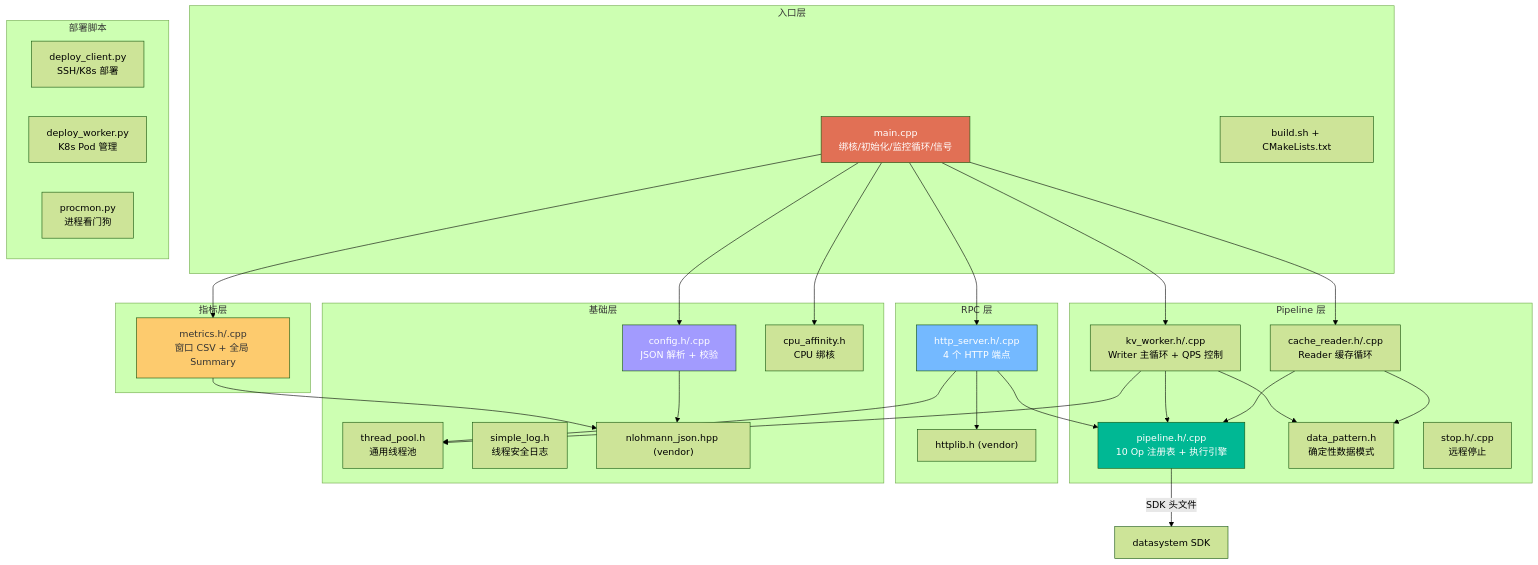
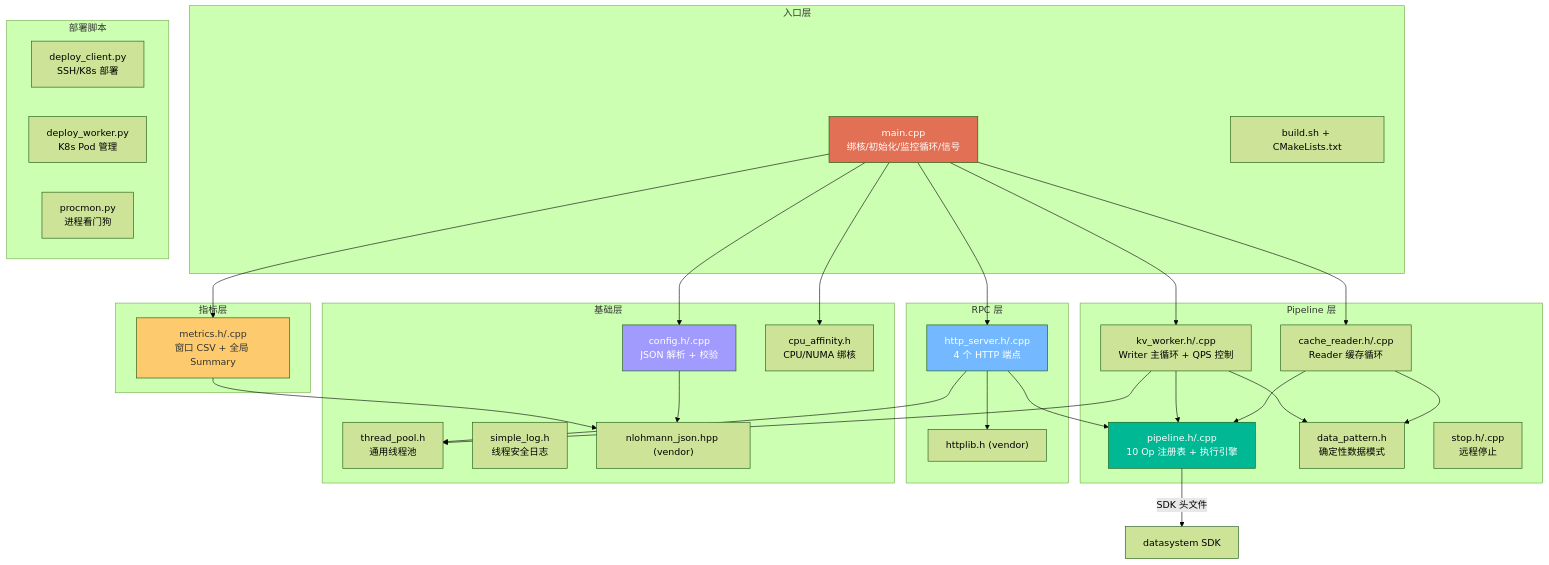
Before and after one commit to openeuler-mirror/yuanrong-datasystem: the second of 8 diagrams in tests/kvtest/docs/design.md, drawn with Mermaid (forest theme). The commit also changed other lines of this file and 23 other files, not shown here.

````diff
--- a/tests/kvtest/docs/design.md
+++ b/tests/kvtest/docs/design.md
@@ -124,64 +124,64 @@
 ```mermaid
 graph TB
     subgraph "入口层"
         main["main.cpp<br/>绑核/初始化/监控循环/信号"]
         build["build.sh + CMakeLists.txt"]
     end
 
     subgraph "Pipeline 层"
         pipeline["pipeline.h/.cpp<br/>10 Op 注册表 + 执行引擎"]
         kvworker["kv_worker.h/.cpp<br/>Writer 主循环 + QPS 控制"]
         cachereader["cache_reader.h/.cpp<br/>Reader 缓存循环"]
         datapattern["data_pattern.h<br/>确定性数据模式"]
         stop["stop.h/.cpp<br/>远程停止"]
     end
 
     subgraph "指标层"
         metrics["metrics.h/.cpp<br/>窗口 CSV + 全局 Summary"]
     end
 
     subgraph "RPC 层"
         http["http_server.h/.cpp<br/>4 个 HTTP 端点"]
         httplib["httplib.h (vendor)"]
     end
 
     subgraph "基础层"
         config["config.h/.cpp<br/>JSON 解析 + 校验"]
         threadpool["thread_pool.h<br/>通用线程池"]
-        cpu["cpu_affinity.h<br/>CPU 绑核"]
+        cpu["cpu_affinity.h<br/>CPU/NUMA 绑核"]
         slog["simple_log.h<br/>线程安全日志"]
         json["nlohmann_json.hpp (vendor)"]
     end
 
     subgraph "部署脚本"
         deploy_client["deploy_client.py<br/>SSH/K8s 部署"]
         deploy_worker["deploy_worker.py<br/>K8s Pod 管理"]
         procmon["procmon.py<br/>进程看门狗"]
     end
 
     main --> kvworker
     main --> cachereader
     main --> http
     main --> metrics
     main --> config
     main --> cpu
 
     kvworker --> pipeline
     kvworker --> threadpool
     kvworker --> datapattern
     cachereader --> pipeline
     cachereader --> datapattern
     http --> pipeline
     http --> threadpool
 
     pipeline -->|SDK 头文件| sdk["datasystem SDK"]
     metrics --> json
     http --> httplib
     config --> json
 
     style main fill:#e17055,color:#fff
     style pipeline fill:#00b894,color:#fff
     style metrics fill:#fdcb6e,color:#333
     style http fill:#74b9ff,color:#fff
     style config fill:#a29bfe,color:#fff
 ```
````
